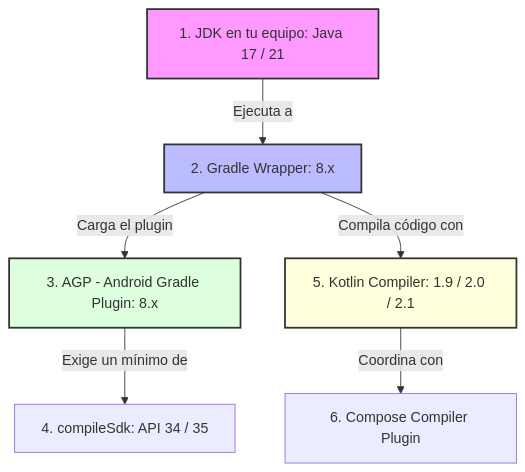
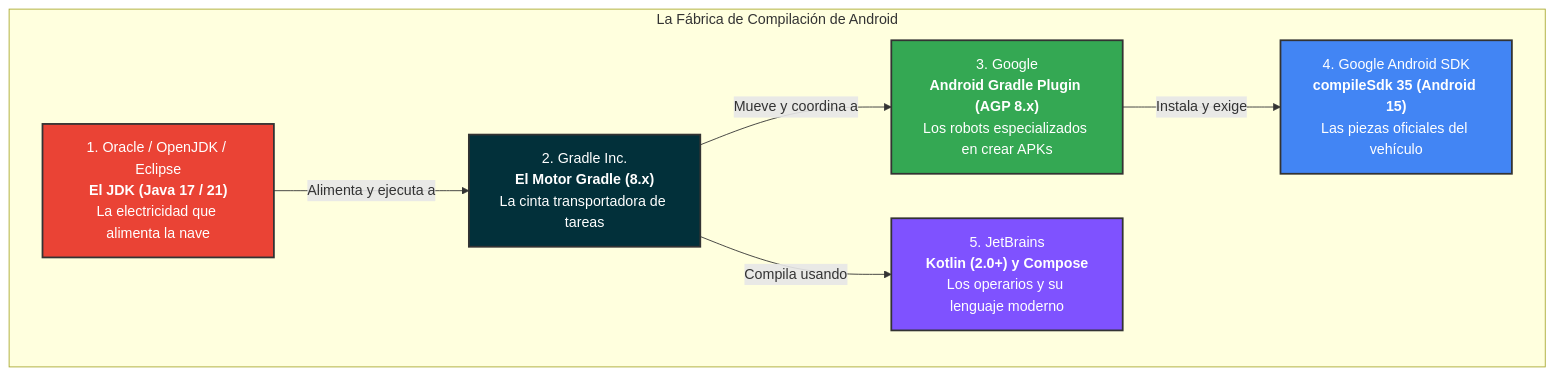
Before and after one commit to jssdocente/pmdm2627d: the first of 2 diagrams in docs/temas/00-android/00-tools/04-matriz-compatibilidad.md, drawn with Mermaid. The commit also changed other lines of this file and 7 other files, not shown here.

Commit message:
docs(tools): add Warp terminal guide, modernize Gradle/Compose docs and fix list formatting

````diff
--- a/docs/temas/00-android/00-tools/04-matriz-compatibilidad.md
+++ b/docs/temas/00-android/00-tools/04-matriz-compatibilidad.md
@@ -19,13 +27,21 @@
 ```mermaid
 graph TD
-    A[1. JDK en tu equipo: Java 17 / 21] -->|Ejecuta a| B[2. Gradle Wrapper: 8.x]
-    B -->|Carga el plugin| C[3. AGP - Android Gradle Plugin: 8.x]
-    C -->|Exige un mínimo de| D[4. compileSdk: API 34 / 35]
-    B -->|Compila código con| E[5. Kotlin Compiler: 1.9 / 2.0 / 2.1]
-    E -->|Coordina con| F[6. Compose Compiler Plugin]
+    subgraph Ecosistema[La Fábrica de Compilación de Android]
+        A["1. Oracle / OpenJDK / Eclipse<br><b>El JDK (Java 17 / 21)</b><br>La electricidad que alimenta la nave"] 
+        B["2. Gradle Inc.<br><b>El Motor Gradle (8.x)</b><br>La cinta transportadora de tareas"]
+        C["3. Google<br><b>Android Gradle Plugin (AGP 8.x)</b><br>Los robots especializados en crear APKs"]
+        D["4. Google Android SDK<br><b>compileSdk 35 (Android 15)</b><br>Las piezas oficiales del vehículo"]
+        E["5. JetBrains<br><b>Kotlin (2.0+) y Compose</b><br>Los operarios y su lenguaje moderno"]
+    end
 
-    style A fill:#f9f,stroke:#333,stroke-width:2px
-    style B fill:#bbf,stroke:#333,stroke-width:2px
-    style C fill:#dfd,stroke:#333,stroke-width:2px
-    style E fill:#ffd,stroke:#333,stroke-width:2px
+    A -->|Alimenta y ejecuta a| B
+    B -->|Mueve y coordina a| C
+    C -->|Instala y exige| D
+    B -->|Compila usando| E
+
+    style A fill:#ea4335,stroke:#333,stroke-width:2px,color:#fff
+    style B fill:#02303a,stroke:#333,stroke-width:2px,color:#fff
+    style C fill:#34a853,stroke:#333,stroke-width:2px,color:#fff
+    style D fill:#4285f4,stroke:#333,stroke-width:2px,color:#fff
+    style E fill:#7f52ff,stroke:#333,stroke-width:2px,color:#fff
 ```
````
